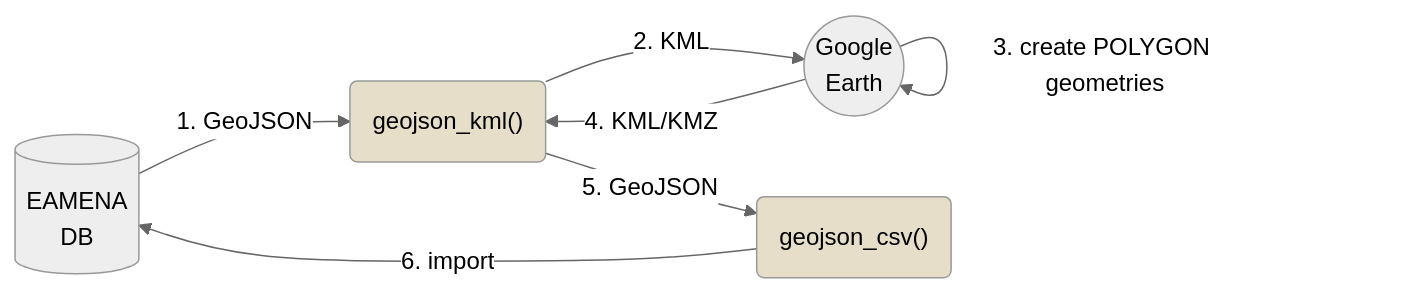
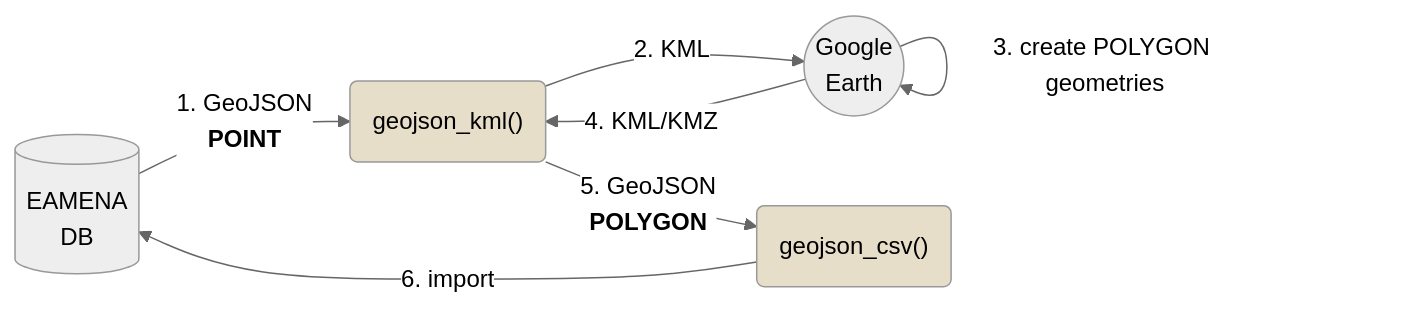
Before and after one commit to eamena-project/eamenaR: the second of 3 diagrams in README.md, drawn with Mermaid (neutral theme). The commit also changed 1 other file, not shown here.

````diff
--- a/README.md
+++ b/README.md
@@ -109,10 +109,10 @@
 ```mermaid
 flowchart LR
-    A[(EAMENA<br>DB)] --1. GeoJSON--> C("geojson_kml()"):::eamenaRfunction;
+    A[(EAMENA<br>DB)] --1. GeoJSON<br><b>POINT</b>--> C("geojson_kml()"):::eamenaRfunction;
     C --2. KML--> B((Google<br>Earth));
     B --3. create POLYGON geometries--> B;
     B --4. KML/KMZ--> C;
-    C --5. GeoJSON--> D("geojson_csv()"):::eamenaRfunction;
+    C --5. GeoJSON<br><b>POLYGON</b>--> D("geojson_csv()"):::eamenaRfunction;
     D --6. import--> A;
     classDef eamenaRfunction fill:#e7deca;
 ```
````
